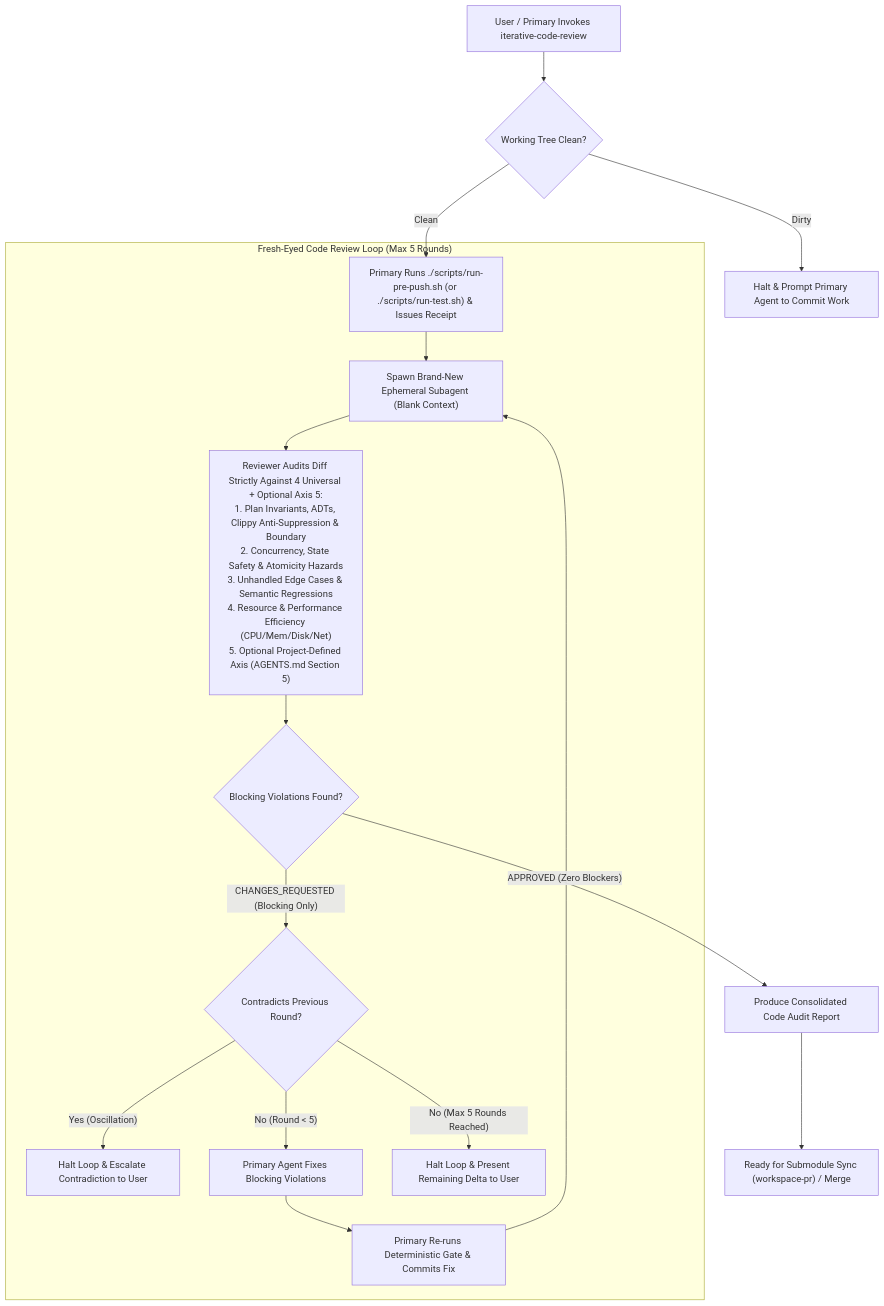
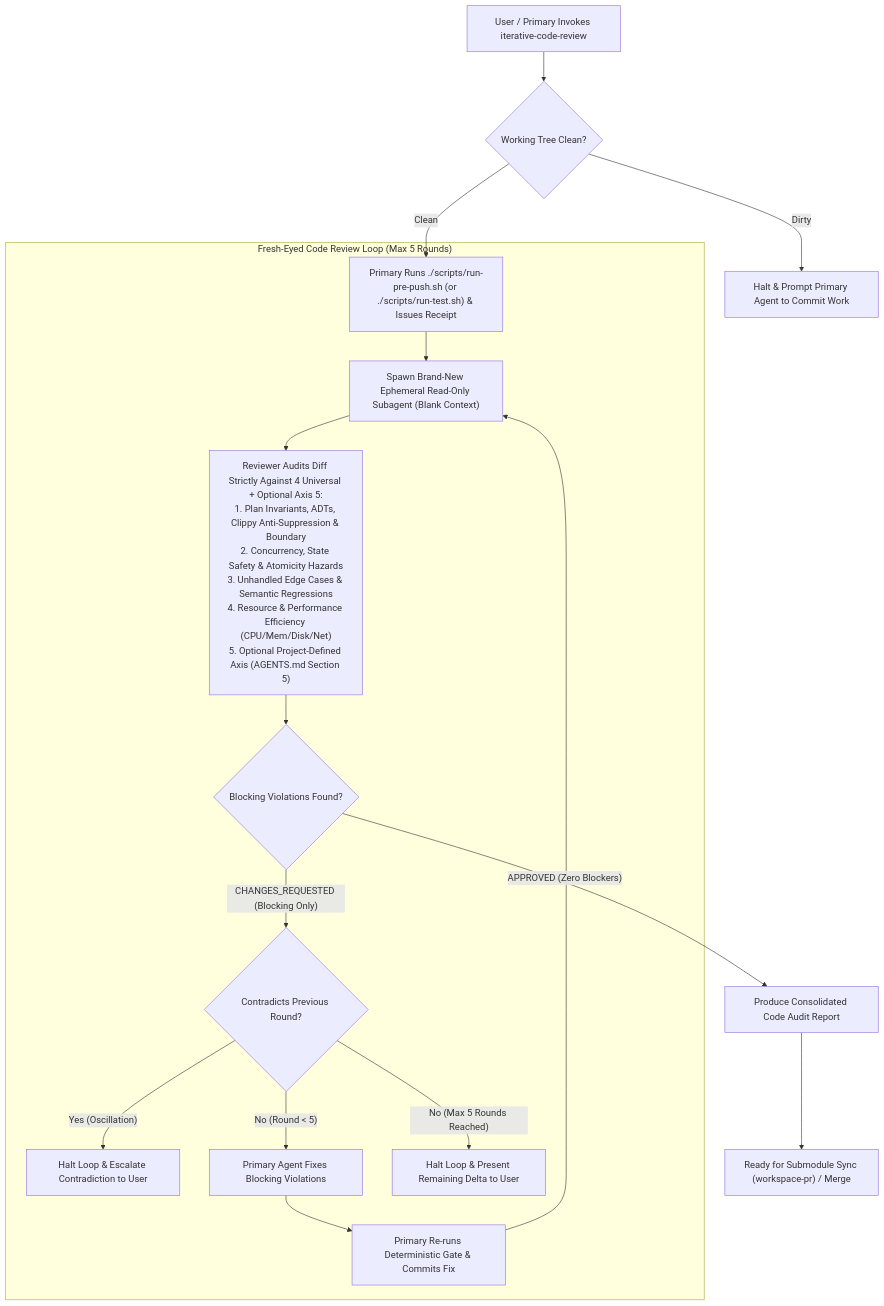
Before and after one commit to gheffern/rust-ts-harness: the diagram in .agents/skills/iterative-code-review/SKILL.md, drawn with Mermaid. The commit also changed other lines of this file and 12 other files, not shown here.

````diff
--- a/.agents/skills/iterative-code-review/SKILL.md
+++ b/.agents/skills/iterative-code-review/SKILL.md
@@ -19,23 +19,23 @@
 ```mermaid
 flowchart TD
     Start["User / Primary Invokes iterative-code-review"] --> DirtyCheck{"Working Tree Clean?"}
     DirtyCheck -- "Dirty" --> CommitReq["Halt & Prompt Primary Agent to Commit Work"]
     DirtyCheck -- "Clean" --> DetGate["Primary Runs ./scripts/run-pre-push.sh (or ./scripts/run-test.sh) & Issues Receipt"]
 
     subgraph ReviewLoop ["Fresh-Eyed Code Review Loop (Max 5 Rounds)"]
-        DetGate --> SpawnFresh["Spawn Brand-New Ephemeral Subagent (Blank Context)"]
+        DetGate --> SpawnFresh["Spawn Brand-New Ephemeral Read-Only Subagent (Blank Context)"]
         SpawnFresh --> ReviewPass["Reviewer Audits Diff Strictly Against 4 Universal + Optional Axis 5:<br/>1. Plan Invariants, ADTs, Clippy Anti-Suppression & Boundary<br/>2. Concurrency, State Safety & Atomicity Hazards<br/>3. Unhandled Edge Cases & Semantic Regressions<br/>4. Resource & Performance Efficiency (CPU/Mem/Disk/Net)<br/>5. Optional Project-Defined Axis (AGENTS.md Section 5)"]
         ReviewPass --> Verdict{"Blocking Violations Found?"}
 
         Verdict -- "CHANGES_REQUESTED (Blocking Only)" --> CheckOscillation{"Contradicts Previous Round?"}
         CheckOscillation -- "Yes (Oscillation)" --> Escalate["Halt Loop & Escalate Contradiction to User"]
         CheckOscillation -- "No (Round < 5)" --> FixRemediate["Primary Agent Fixes Blocking Violations"]
         FixRemediate --> ReTest["Primary Re-runs Deterministic Gate & Commits Fix"]
         ReTest --> SpawnFresh
 
         CheckOscillation -- "No (Max 5 Rounds Reached)" --> BudgetHalt["Halt Loop & Present Remaining Delta to User"]
     end
 
     Verdict -- "APPROVED (Zero Blockers)" --> FinalReport["Produce Consolidated Code Audit Report"]
     FinalReport --> Done["Ready for Submodule Sync (workspace-pr) / Merge"]
 ```
````
